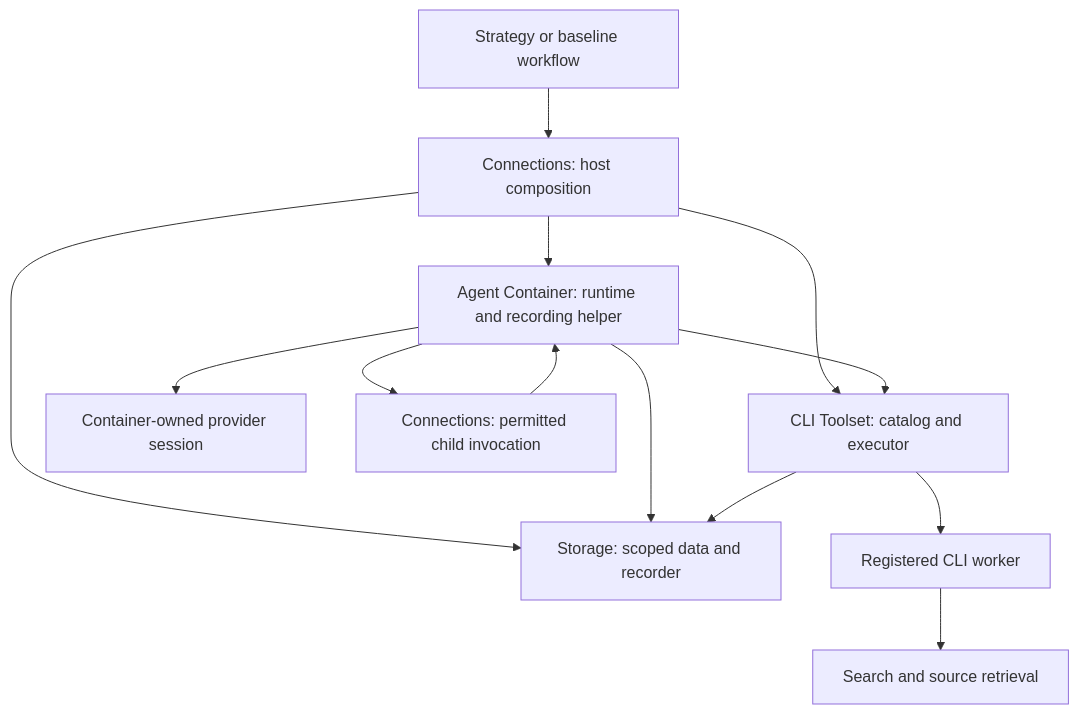
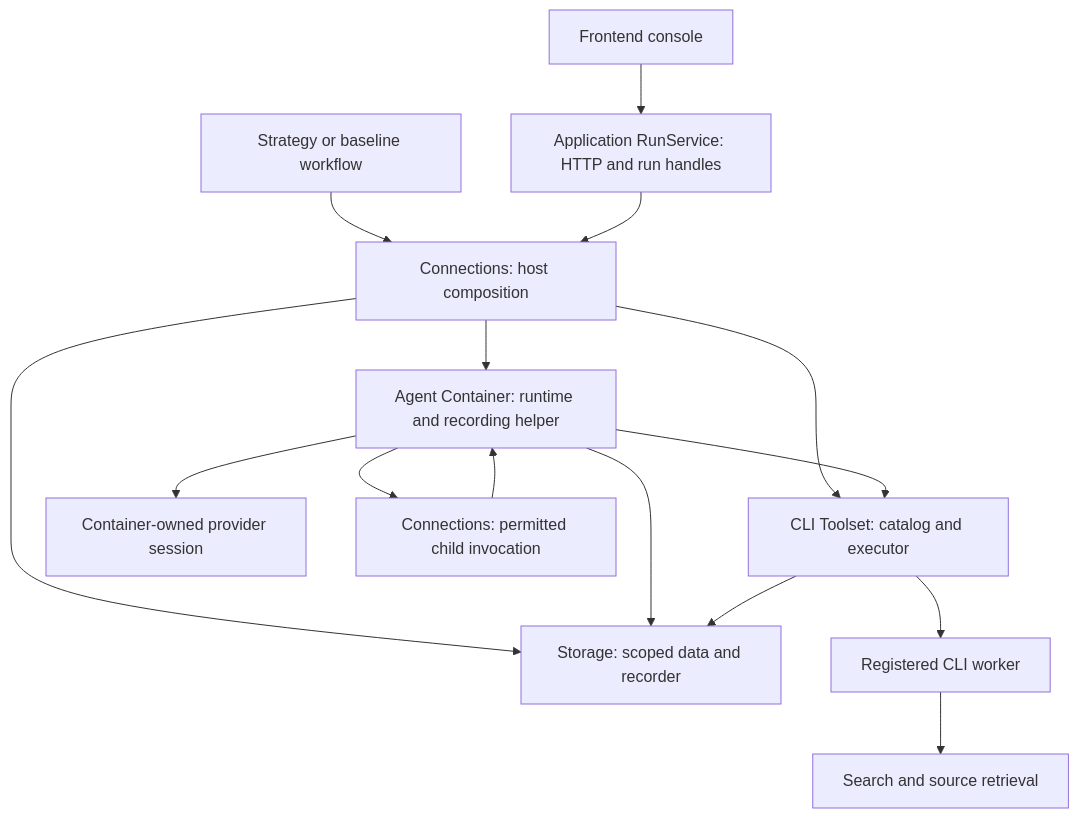
One commit to ZhuoQiuMcgill/DeepResearchEngine changed the diagram in docs/teams/platform-contract-v1.md. Above: the diagram before and after it, drawn with Mermaid. The commit also changed other lines of this file and 33 other files, not shown here.

Commit message:
feat: expose scoped evidence and console run interfaces

````diff
--- a/docs/teams/platform-contract-v1.md
+++ b/docs/teams/platform-contract-v1.md
@@ -11,15 +12,17 @@
 ```mermaid
 flowchart TD
     App[Strategy or baseline workflow] --> Engine[Connections: host composition]
+    Console[Frontend console] --> Service[Application RunService: HTTP and run handles]
+    Service --> Engine
     Engine --> Runtime[Agent Container: runtime and recording helper]
     Engine --> Store[Storage: scoped data and recorder]
     Engine --> Tools[CLI Toolset: catalog and executor]
     Runtime --> Provider[Container-owned provider session]
     Runtime --> Tools
     Runtime --> Store
     Tools --> Worker[Registered CLI worker]
     Tools --> Store
     Runtime --> Invoker[Connections: permitted child invocation]
     Invoker --> Runtime
     Worker --> Web[Search and source retrieval]
 ```
````
